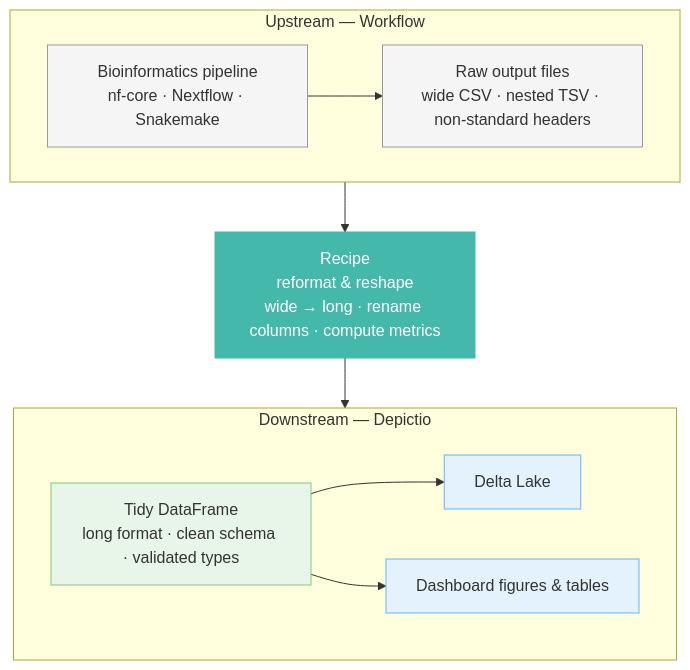
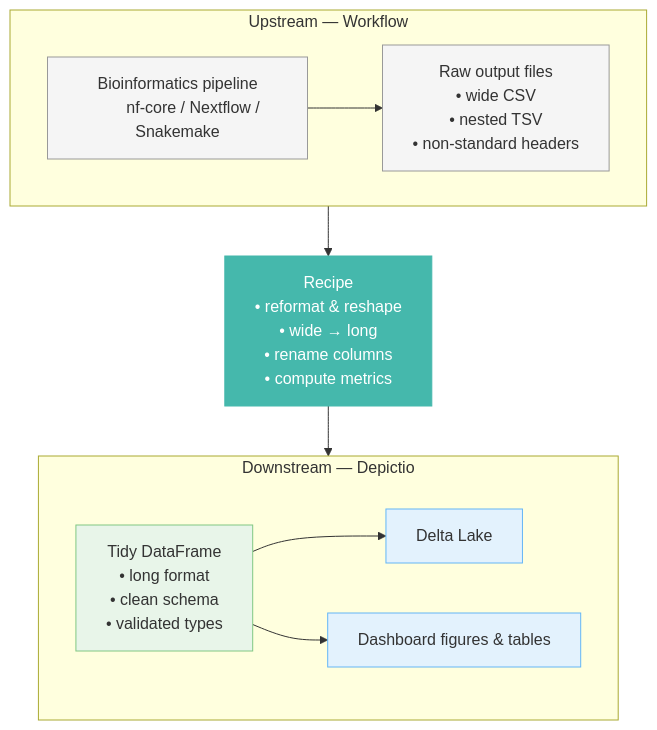
Before and after one commit to depictio/depictio-docs: the diagram in docs/usage/projects/recipes.md, drawn with Mermaid.

Commit message:
Fix recipes diagram: bullet points, vertical layout in upstream subgraph

````diff
--- a/docs/usage/projects/recipes.md
+++ b/docs/usage/projects/recipes.md
@@ -5,25 +5,36 @@
 ```mermaid
 flowchart TD
     subgraph up["Upstream — Workflow"]
-        W["Bioinformatics pipeline\nnf-core · Nextflow · Snakemake"]
-        W --> R["Raw output files\nwide CSV · nested TSV · non-standard headers"]
+        W["Bioinformatics pipeline
+        nf-core / Nextflow / Snakemake"]
+        W --> R["Raw output files
+        • wide CSV
+        • nested TSV
+        • non-standard headers"]
     end
 
-    T["Recipe\nreformat & reshape\nwide → long · rename columns · compute metrics"]
+    T["Recipe
+    • reformat & reshape
+    • wide → long
+    • rename columns
+    • compute metrics"]
 
     subgraph down["Downstream — Depictio"]
-        D["Tidy DataFrame\nlong format · clean schema · validated types"]
+        D["Tidy DataFrame
+        • long format
+        • clean schema
+        • validated types"]
         D --> DL["Delta Lake"]
         D --> V["Dashboard figures & tables"]
     end
 
     up --> T
     T --> down
 
     style W fill:#f5f5f5,stroke:#999
     style R fill:#f5f5f5,stroke:#999
     style T fill:#45B8AC,color:#fff,stroke:#45B8AC
     style D fill:#e8f5e9,stroke:#81c784
     style DL fill:#e3f2fd,stroke:#64b5f6
     style V fill:#e3f2fd,stroke:#64b5f6
 ```
````
